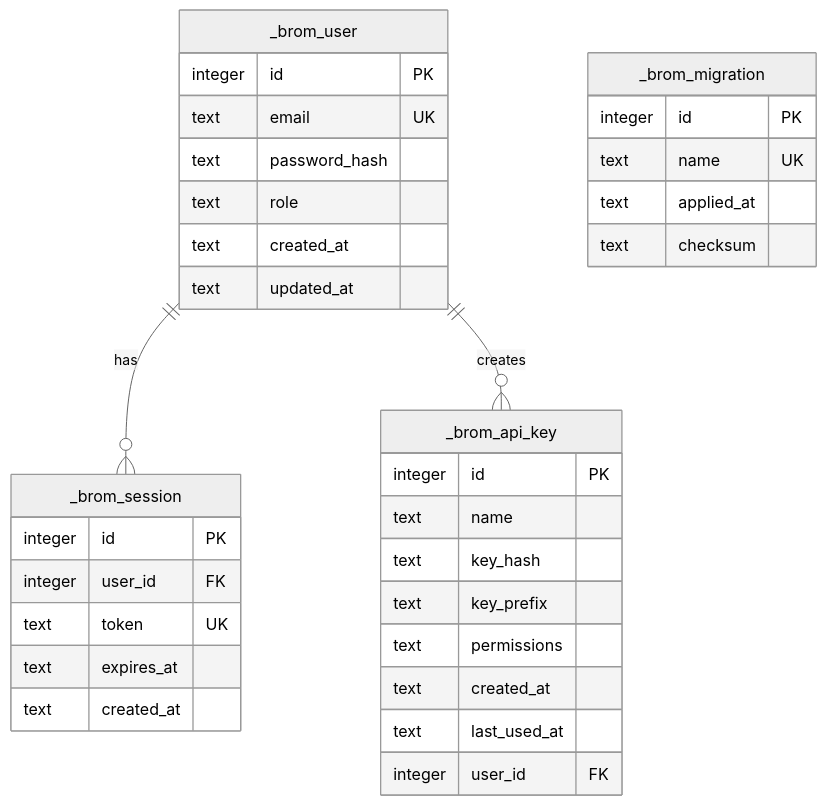
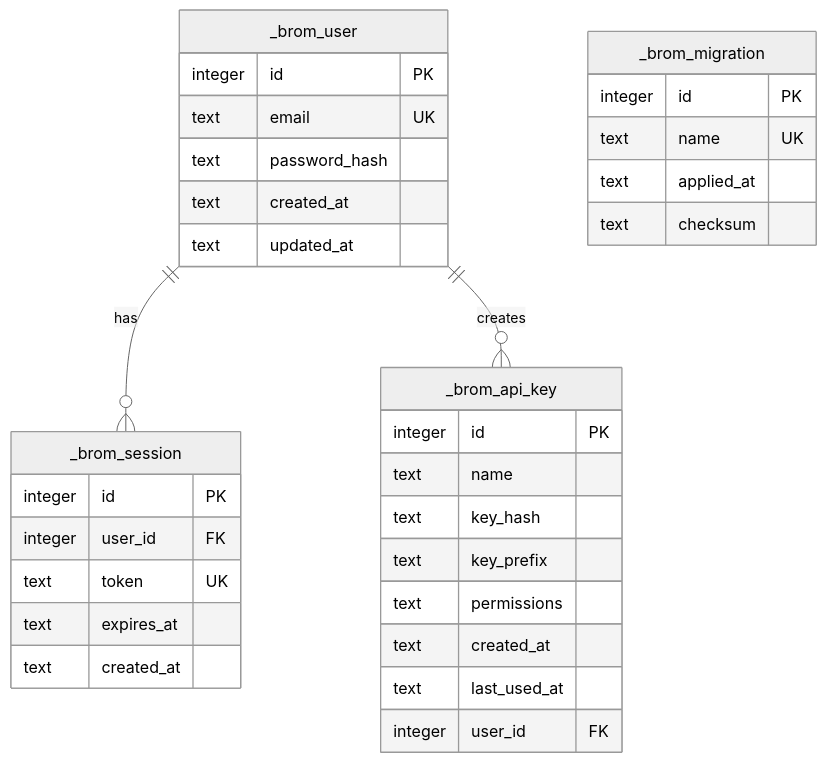
The third of 3 diagrams in architecture.md (wends155/brom), drawn with Mermaid (neutral theme) before and after one commit. The commit also changed other lines of this file and 2 other files, not shown here.

Commit message:
docs: align spec and architecture, sync verified commit hash, and update context.md

````diff
--- a/architecture.md
+++ b/architecture.md
@@ -490,40 +490,39 @@
 ```mermaid
 erDiagram
     _brom_user ||--o{ _brom_session : "has"
     _brom_user ||--o{ _brom_api_key : "creates"
 
     _brom_user {
         integer id PK
         text email UK
         text password_hash
-        text role
         text created_at
         text updated_at
     }
 
     _brom_session {
         integer id PK
         integer user_id FK
         text token UK
         text expires_at
         text created_at
     }
 
     _brom_api_key {
         integer id PK
         text name
         text key_hash
         text key_prefix
         text permissions
         text created_at
         text last_used_at
         integer user_id FK
     }
 
     _brom_migration {
         integer id PK
         text name UK
         text applied_at
         text checksum
     }
 ```
````
